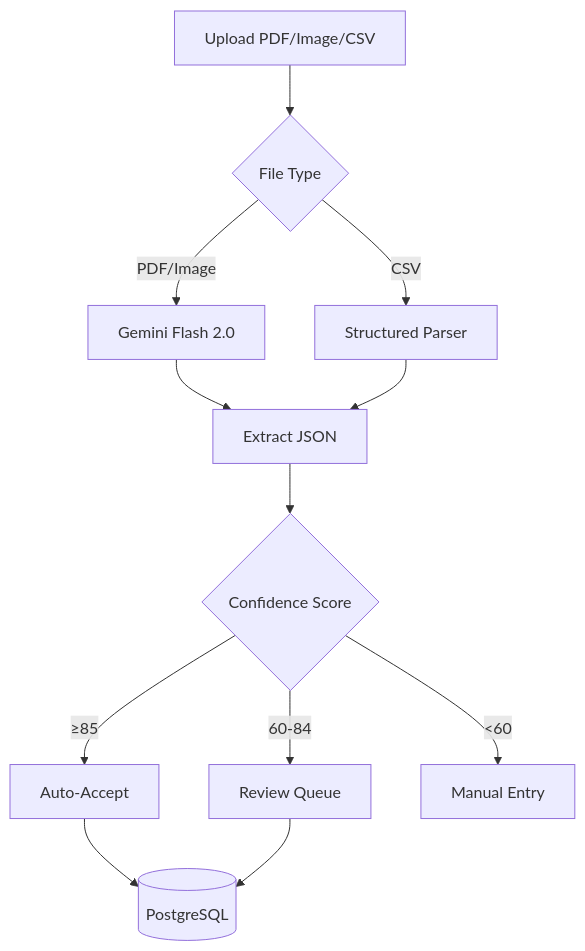
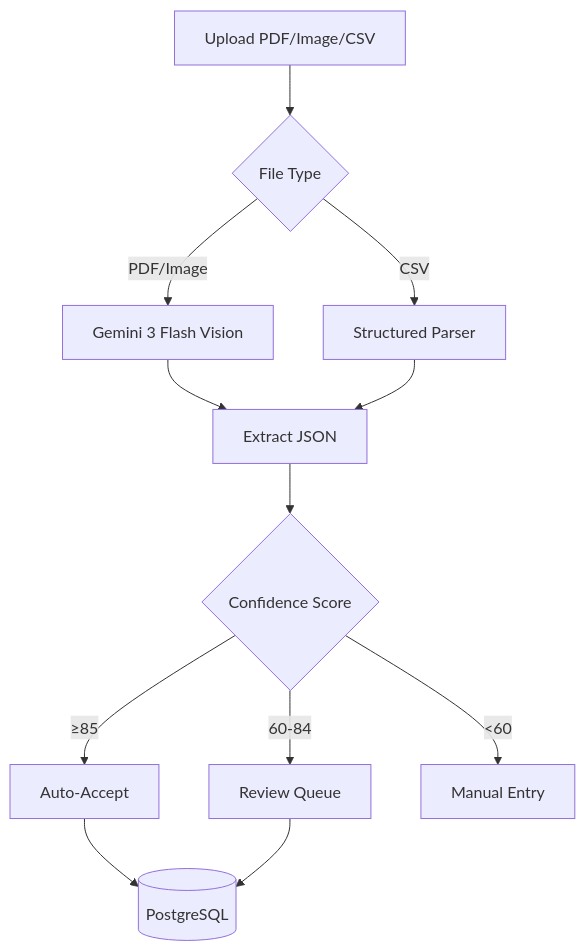
One commit to wangzitian0/finance_report changed the diagram in docs/ssot/extraction.md. Above: the diagram before and after it, drawn with Mermaid. The commit also changed other lines of this file and 2 other files, not shown here.

````diff
--- a/docs/ssot/extraction.md
+++ b/docs/ssot/extraction.md
@@ -11,14 +11,14 @@
 ```mermaid
 flowchart TB
     A[Upload PDF/Image/CSV] --> B{File Type}
-    B -->|PDF/Image| C[Gemini Flash 2.0]
+    B -->|PDF/Image| C[Gemini 3 Flash Vision]
     B -->|CSV| D[Structured Parser]
     C --> E[Extract JSON]
     D --> E
     E --> F{Confidence Score}
     F -->|≥85| G[Auto-Accept]
     F -->|60-84| H[Review Queue]
     F -->|<60| I[Manual Entry]
     G --> J[(PostgreSQL)]
     H --> J
 ```
````
